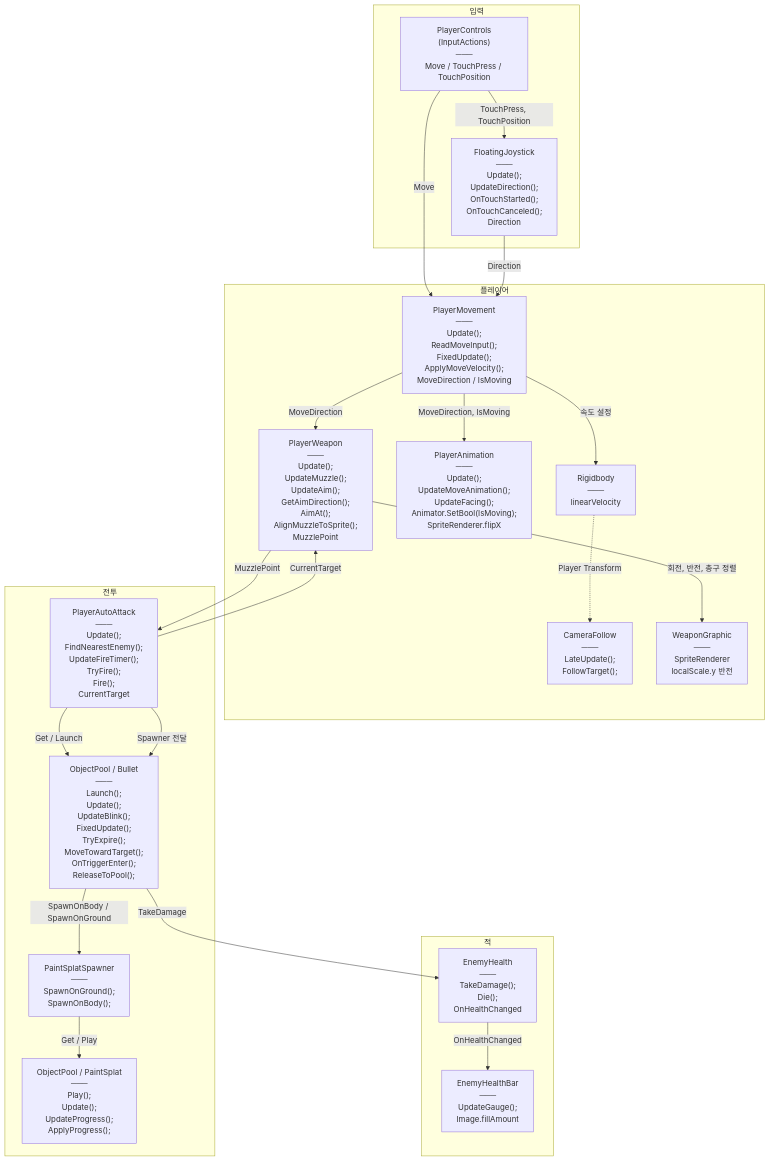
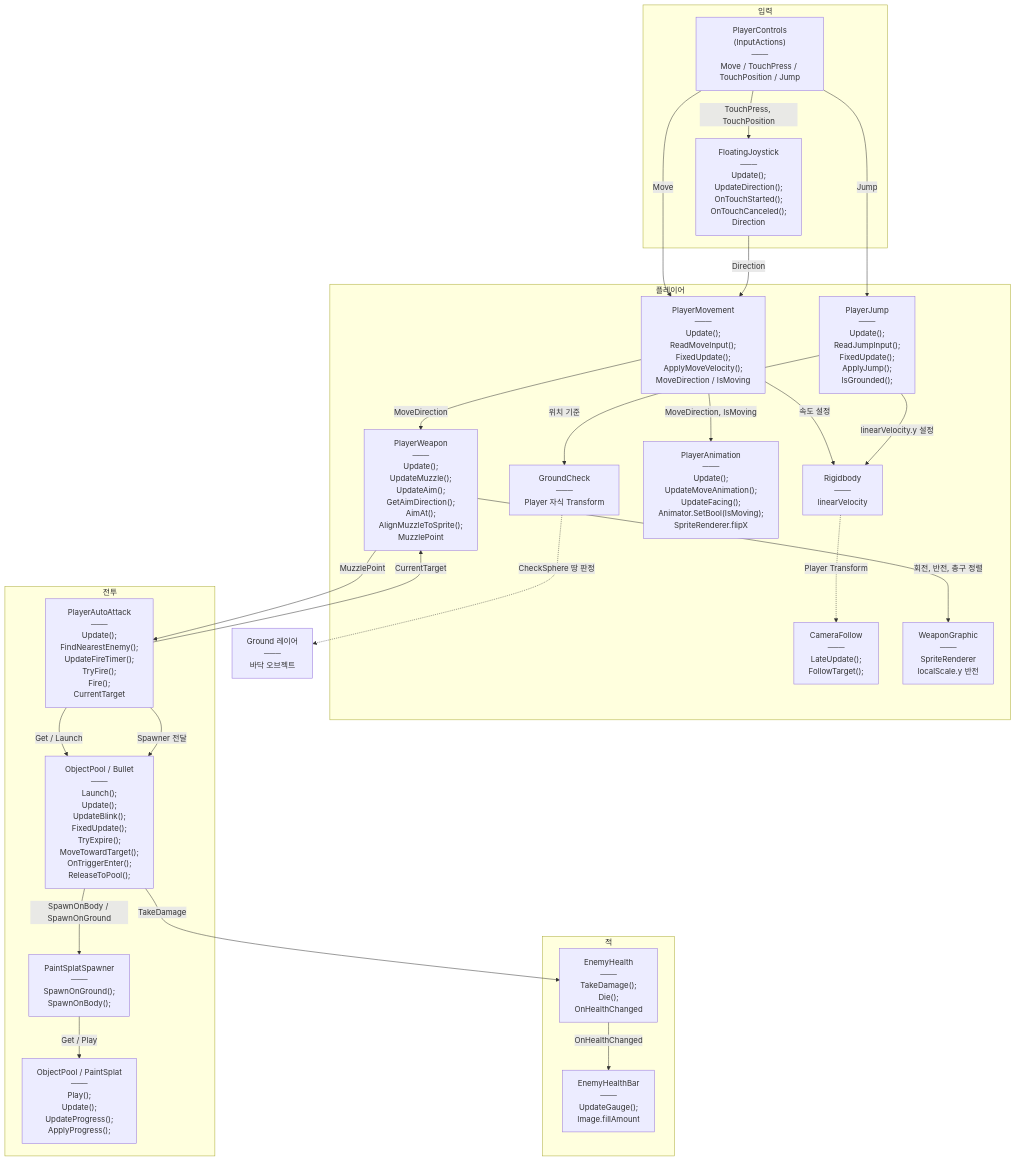
Before and after one commit to jayy5288sk/AICodeProject: the diagram in Docs/ImplementDocs/Diagram.md, drawn with Mermaid. The commit also changed other lines of this file and 1 other file, not shown here.

Commit message:
[Docs] 기술문서 및 다이어그램 수정

````diff
--- a/Docs/ImplementDocs/Diagram.md
+++ b/Docs/ImplementDocs/Diagram.md
@@ -4,45 +4,53 @@
 ```mermaid
 flowchart TD
     subgraph InputGroup["입력"]
-        Input["PlayerControls<br/>(InputActions)<br/>───<br/>Move / TouchPress / TouchPosition"]
+        Input["PlayerControls<br/>(InputActions)<br/>───<br/>Move / TouchPress / TouchPosition / Jump"]
         Joystick["FloatingJoystick<br/>───<br/>Update();<br/>UpdateDirection();<br/>OnTouchStarted();<br/>OnTouchCanceled();<br/>Direction"]
     end
 
     subgraph PlayerGroup["플레이어"]
         Movement["PlayerMovement<br/>───<br/>Update();<br/>ReadMoveInput();<br/>FixedUpdate();<br/>ApplyMoveVelocity();<br/>MoveDirection / IsMoving"]
         Body["Rigidbody<br/>───<br/>linearVelocity"]
+        Jump["PlayerJump<br/>───<br/>Update();<br/>ReadJumpInput();<br/>FixedUpdate();<br/>ApplyJump();<br/>IsGrounded();"]
+        GroundCheck["GroundCheck<br/>───<br/>Player 자식 Transform"]
         Animation["PlayerAnimation<br/>───<br/>Update();<br/>UpdateMoveAnimation();<br/>UpdateFacing();<br/>Animator.SetBool(IsMoving);<br/>SpriteRenderer.flipX"]
         Camera["CameraFollow<br/>───<br/>LateUpdate();<br/>FollowTarget();"]
         Weapon["PlayerWeapon<br/>───<br/>Update();<br/>UpdateMuzzle();<br/>UpdateAim();<br/>GetAimDirection();<br/>AimAt();<br/>AlignMuzzleToSprite();<br/>MuzzlePoint"]
         WeaponGraphic["WeaponGraphic<br/>───<br/>SpriteRenderer<br/>localScale.y 반전"]
     end
 
     subgraph CombatGroup["전투"]
         AutoAttack["PlayerAutoAttack<br/>───<br/>Update();<br/>FindNearestEnemy();<br/>UpdateFireTimer();<br/>TryFire();<br/>Fire();<br/>CurrentTarget"]
         Bullet["ObjectPool / Bullet<br/>───<br/>Launch();<br/>Update();<br/>UpdateBlink();<br/>FixedUpdate();<br/>TryExpire();<br/>MoveTowardTarget();<br/>OnTriggerEnter();<br/>ReleaseToPool();"]
         Spawner["PaintSplatSpawner<br/>───<br/>SpawnOnGround();<br/>SpawnOnBody();"]
         PaintSplat["ObjectPool / PaintSplat<br/>───<br/>Play();<br/>Update();<br/>UpdateProgress();<br/>ApplyProgress();"]
     end
 
     subgraph EnemyGroup["적"]
         EnemyHealth["EnemyHealth<br/>───<br/>TakeDamage();<br/>Die();<br/>OnHealthChanged"]
         EnemyHealthBar["EnemyHealthBar<br/>───<br/>UpdateGauge();<br/>Image.fillAmount"]
     end
 
+    GroundLayer["Ground 레이어<br/>───<br/>바닥 오브젝트"]
+
     Input -->|TouchPress, TouchPosition| Joystick
     Input -->|Move| Movement
     Joystick -->|Direction| Movement
     Movement -->|속도 설정| Body
     Movement -->|MoveDirection, IsMoving| Animation
     Body -.->|Player Transform| Camera
     Movement -->|MoveDirection| Weapon
     Weapon -->|회전, 반전, 총구 정렬| WeaponGraphic
     AutoAttack -->|CurrentTarget| Weapon
     Weapon -->|MuzzlePoint| AutoAttack
     AutoAttack -->|Get / Launch| Bullet
     AutoAttack -->|Spawner 전달| Bullet
     Bullet -->|TakeDamage| EnemyHealth
     Bullet -->|SpawnOnBody / SpawnOnGround| Spawner
     Spawner -->|Get / Play| PaintSplat
     EnemyHealth -->|OnHealthChanged| EnemyHealthBar
+    Input -->|Jump| Jump
+    Jump -->|위치 기준| GroundCheck
+    GroundCheck -.->|CheckSphere 땅 판정| GroundLayer
+    Jump -->|linearVelocity.y 설정| Body
 ```
````
